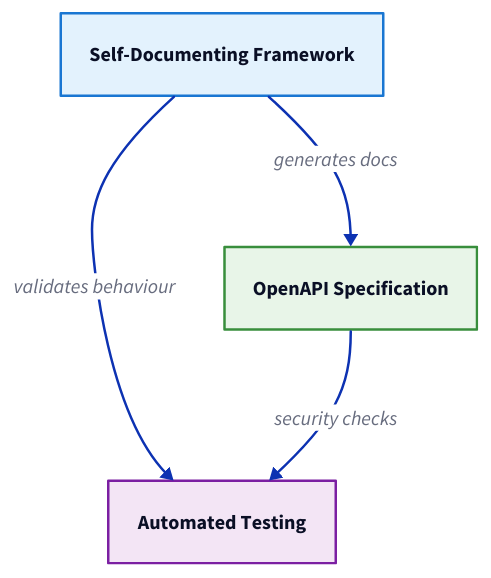
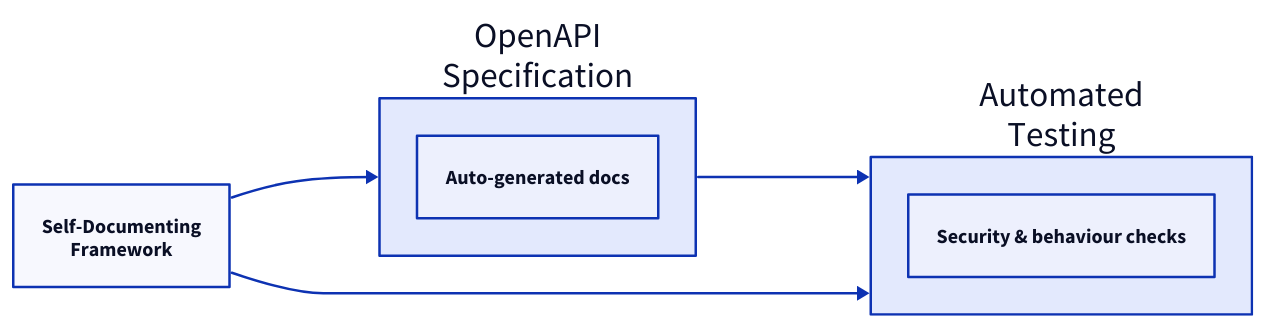
The diagram in development/003-apis.md (wagov-dtt/architecture-decision-records), drawn with D2 before and after one commit. The commit also changed other lines of this file and 2 other files, not shown here.

````diff
--- a/development/003-apis.md
+++ b/development/003-apis.md
@@ -30,26 +36,13 @@
 ```d2
-framework: Self-Documenting Framework {
-  style: {
-    fill: "#e3f2fd"
-    stroke: "#1976d2"
-  }
-}
+direction: right
 
-openapi: OpenAPI Specification {
-  style: {
-    fill: "#e8f5e8"
-    stroke: "#388e3c"
-  }
-}
+framework: "Self-Documenting\nFramework"
+openapi: "OpenAPI\nSpecification" 
+testing: "Automated\nTesting"
 
-testing: Automated Testing {
-  style: {
-    fill: "#f3e5f5"
-    stroke: "#7b1fa2"
-  }
-}
+framework -> openapi -> testing
+framework -> testing
 
-framework -> openapi: generates docs
-framework -> testing: validates behaviour
-openapi -> testing: security checks
+openapi.note: "Auto-generated docs"
+testing.note: "Security & behaviour checks"
 ```
````
